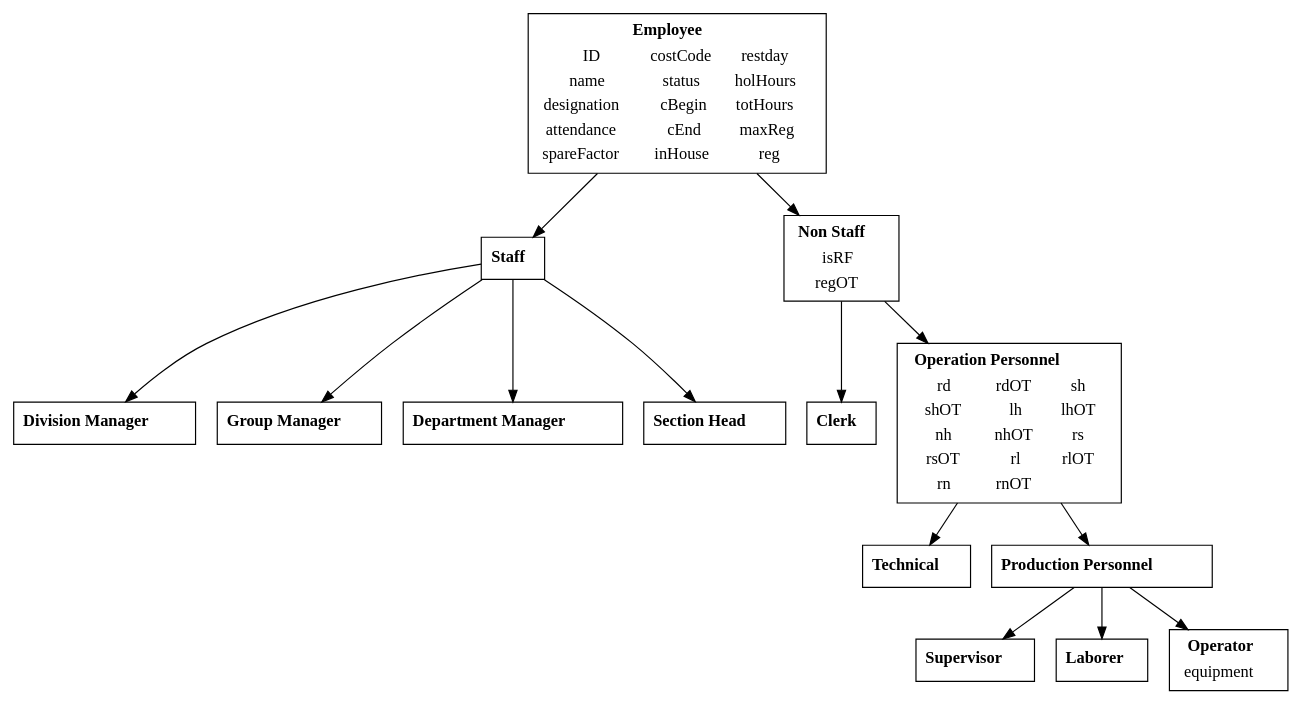
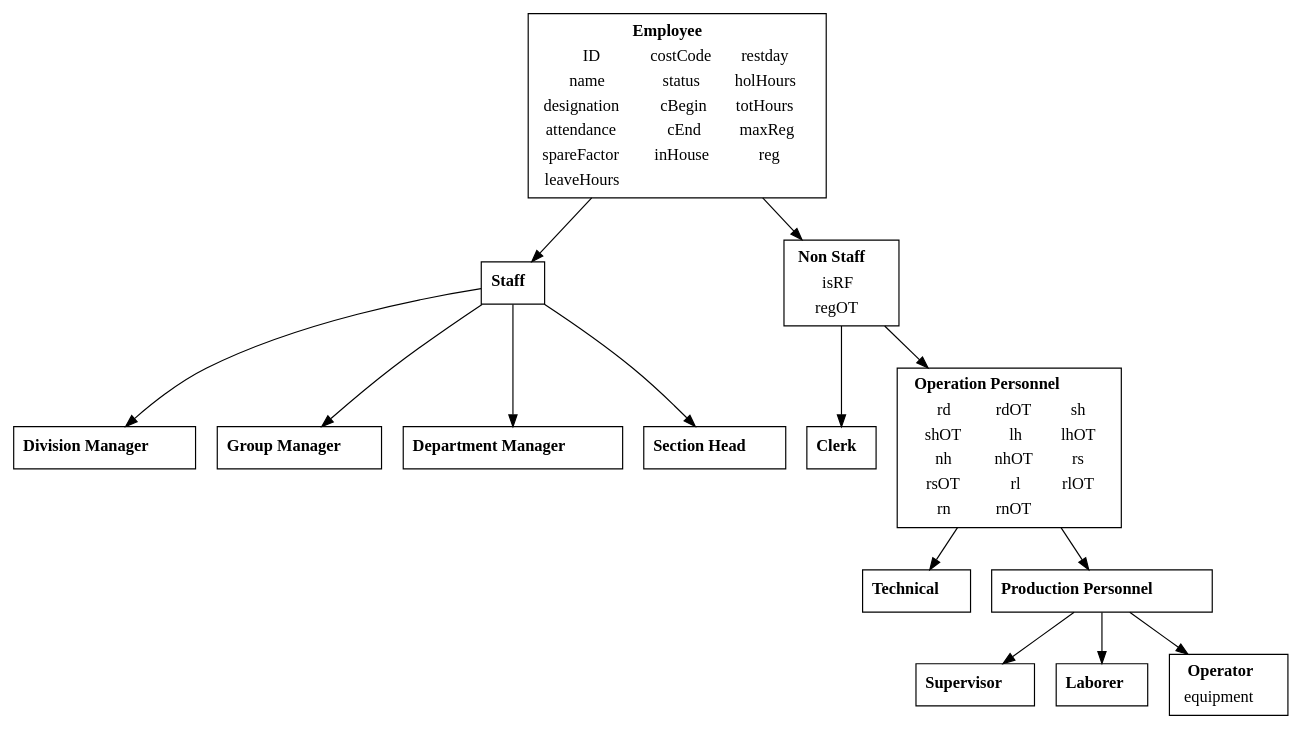
One commit to basilrabi/mansched changed the diagram in vignettes/class.Rmd. Above: the diagram before and after it, drawn with Graphviz. The commit also changed 15 other files, not shown here.

```diff
--- a/vignettes/class.Rmd
+++ b/vignettes/class.Rmd
@@ -45,6 +45,11 @@
     <TD>spareFactor</TD>
     <TD>inHouse</TD>
     <TD>reg</TD>
+  </TR>
+  <TR>
+    <TD>leaveHours</TD>
+    <TD></TD>
+    <TD></TD>
   </TR>
 </TABLE>>]
 
```
